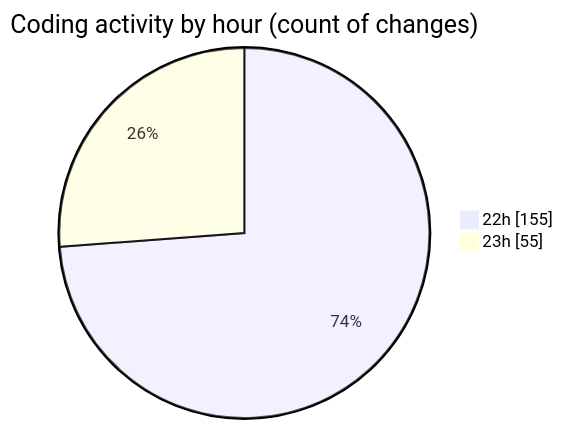
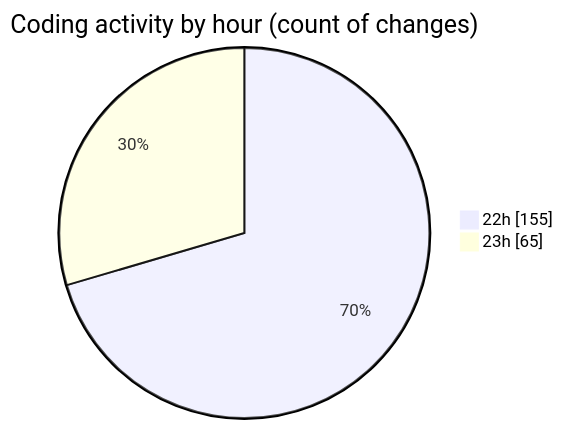
The second of 2 diagrams in 2025-08-09/javascript/README.md (Ritupan-Deka/code-tracking), drawn with Mermaid before and after one commit. The commit also changed other lines of this file and 1 other file, not shown here.

````diff
--- a/2025-08-09/javascript/README.md
+++ b/2025-08-09/javascript/README.md
@@ -28,6 +28,6 @@
 ```mermaid
 pie showData
 title Coding activity by hour (count of changes)
 "22h" : 155
-"23h" : 55
+"23h" : 65
 ```
````
